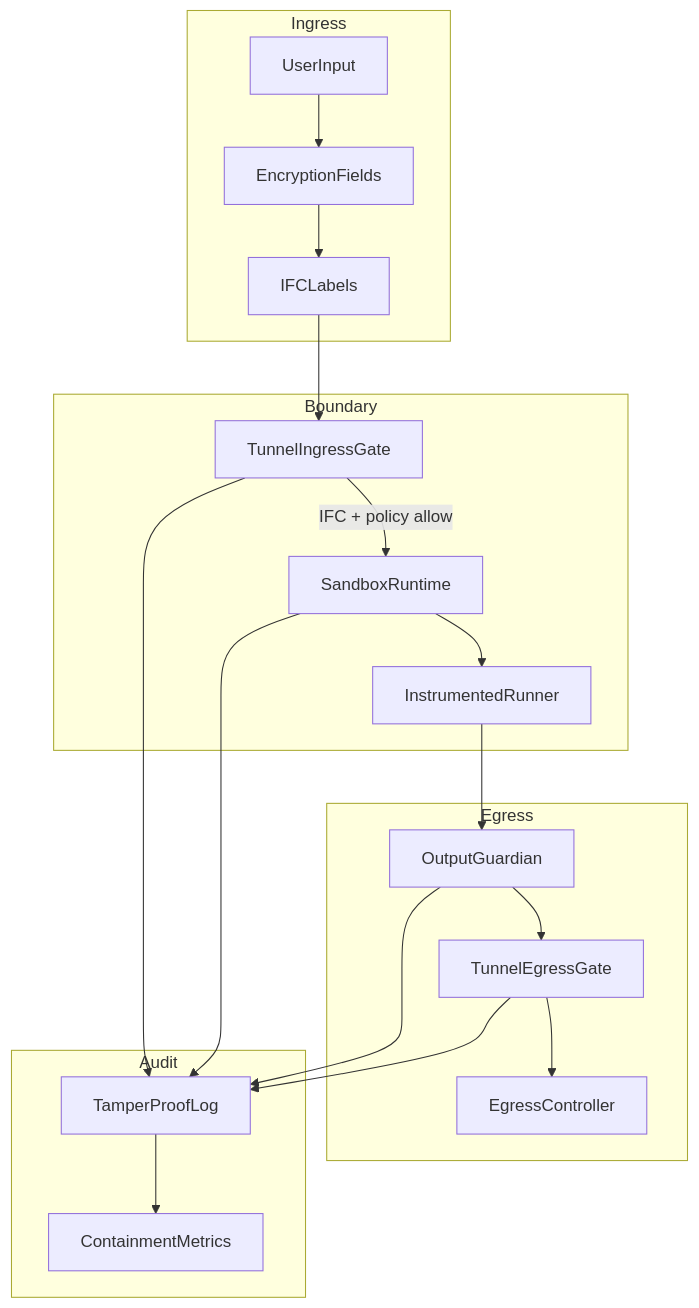
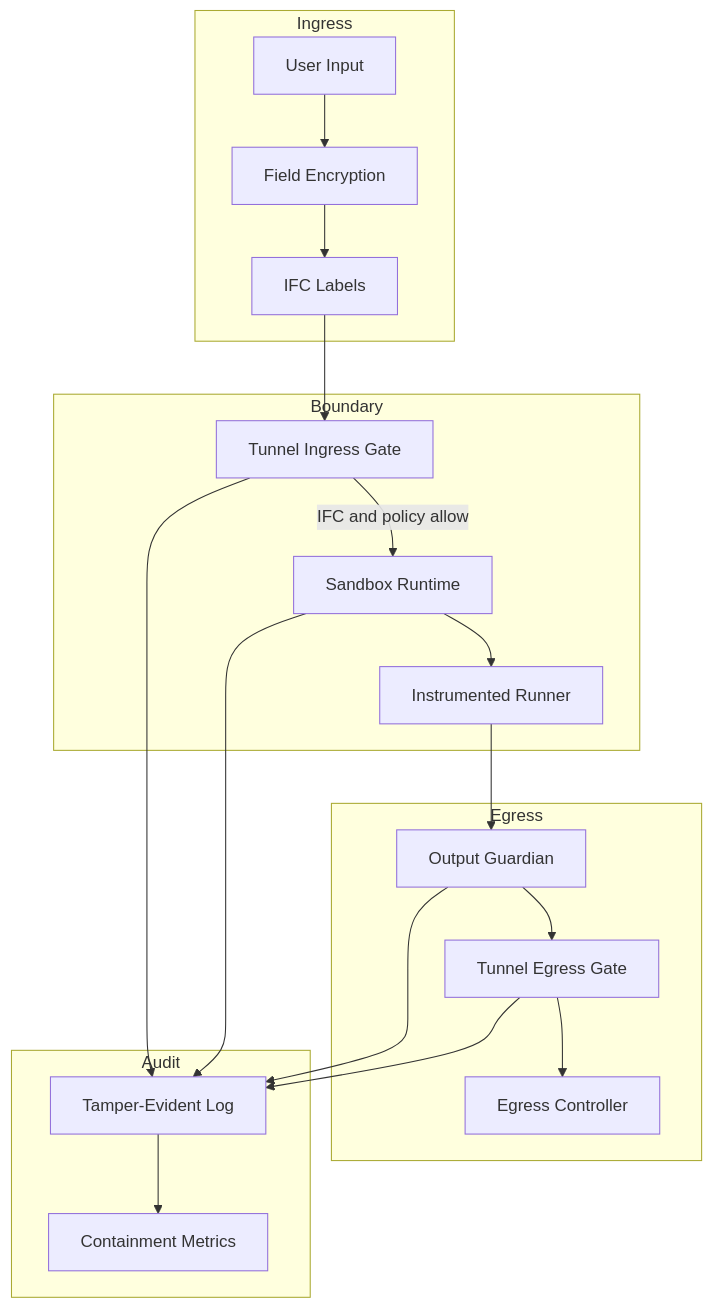
The diagram in README.md (Fratres-X-AI/A.C.E), drawn with Mermaid before and after one commit.

Commit message:
Fix README Mermaid architecture diagram for GitHub rendering.

````diff
--- a/README.md
+++ b/README.md
@@ -50,32 +50,30 @@
 ```mermaid
 flowchart TB
-    subgraph ingress [Ingress]
-        Input[UserInput]
-        EncFields[EncryptionFields]
-        Labels[IFCLabels]
+    subgraph ING["Ingress"]
+        A[User Input]
+        B[Field Encryption]
+        C[IFC Labels]
     end
-    subgraph boundary [Boundary]
-        TunnelIn[TunnelIngressGate]
-        Sandbox[SandboxRuntime]
-        Runner[InstrumentedRunner]
+    subgraph BND["Boundary"]
+        D[Tunnel Ingress Gate]
+        E[Sandbox Runtime]
+        F[Instrumented Runner]
     end
-    subgraph egress [Egress]
-        Guardian[OutputGuardian]
-        TunnelOut[TunnelEgressGate]
-        EgressCtrl[EgressController]
+    subgraph EGR["Egress"]
+        G[Output Guardian]
+        H[Tunnel Egress Gate]
+        I[Egress Controller]
     end
-    subgraph audit [Audit]
-        Log[TamperProofLog]
-        Metrics[ContainmentMetrics]
+    subgraph AUD["Audit"]
+        J[Tamper-Evident Log]
+        K[Containment Metrics]
     end
-    Input --> EncFields --> Labels
-    Labels --> TunnelIn
-    TunnelIn -->|"IFC + policy allow"| Sandbox
-    Sandbox --> Runner
-    Runner --> Guardian --> TunnelOut --> EgressCtrl
-    TunnelIn --> Log
-    Sandbox --> Log
-    Guardian --> Log
-    TunnelOut --> Log
-    Log --> Metrics
+    A --> B --> C --> D
+    D -->|IFC and policy allow| E --> F
+    F --> G --> H --> I
+    D --> J
+    E --> J
+    G --> J
+    H --> J
+    J --> K
 ```
````
